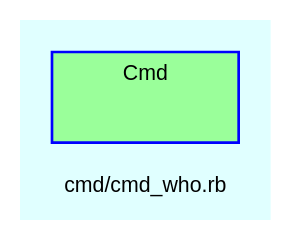
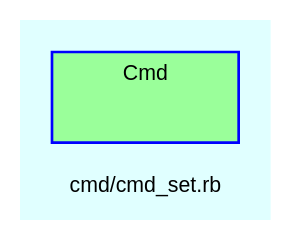
One commit to Tyche/teensymud changed the diagram in doc/dot/f_19.dot. Above: the diagram before and after it, drawn with Graphviz. The commit also changed 92 other files, not shown here.

```diff
--- a/doc/dot/f_19.dot
+++ b/doc/dot/f_19.dot
@@ -1,29 +1,29 @@
 digraph TopLevel {
     compound = true
     bgcolor = lightcyan1
     fontname = Arial
     fontsize = 8
-    label = "cmd/cmd_who.rb"
+    label = "cmd/cmd_set.rb"
     node [
         fontname = Arial,
         fontsize = 8,
         color = black
     ]
 
     subgraph cluster_Cmd {
         fillcolor = palegreen1
         URL = "classes/Cmd.html"
         fontname = Arial
         color = blue
         label = "Cmd"
         style = filled
         Cmd [
             shape = plaintext,
             height = 0.01,
             width = 0.75,
             label = ""
         ]
 
     }
 
 }
```
